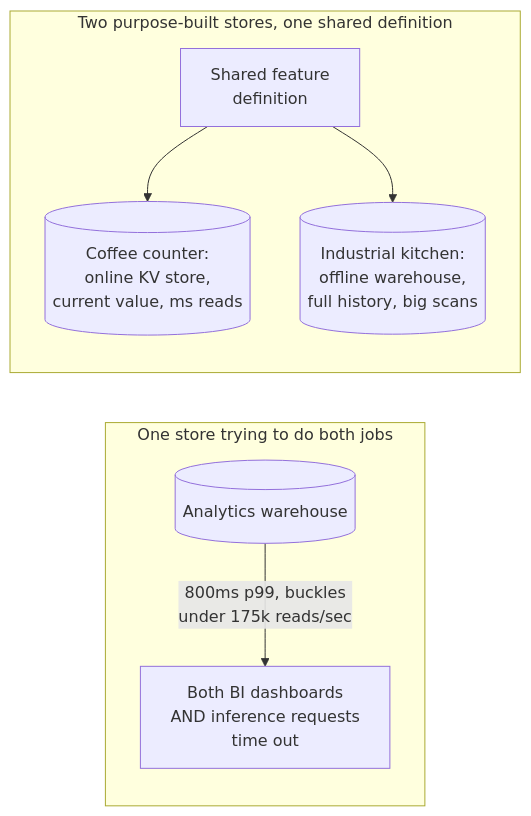
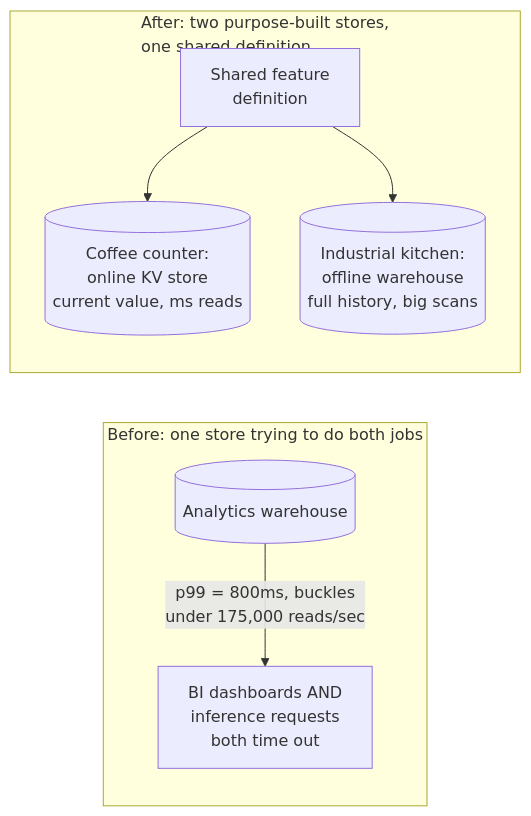
The third of 11 diagrams in system-design/HLD/0-course/65-Design-a-Feature-Store-for-ML-FAANG-Guide-story.md (riyaz-pasha/Learnings), drawn with Mermaid before and after one commit. The commit also changed other lines of this file and 1 other file, not shown here.

Commit message:
[REWRITE] Feature Store for ML story guide: simplify prose, add structure, fix diagrams

````diff
--- a/system-design/HLD/0-course/65-Design-a-Feature-Store-for-ML-FAANG-Guide-story.md
+++ b/system-design/HLD/0-course/65-Design-a-Feature-Store-for-ML-FAANG-Guide-story.md
@@ -76,10 +190,10 @@
 ```mermaid
 flowchart LR
-    subgraph Before["One store trying to do both jobs"]
-        W[("Analytics warehouse")] -->|"800ms p99, buckles\nunder 175k reads/sec"| Bad["Both BI dashboards\nAND inference requests\ntime out"]
+    subgraph Before["Before: one store trying to do both jobs"]
+        W[("Analytics warehouse")] -->|"p99 = 800ms, buckles<br/>under 175,000 reads/sec"| Bad["BI dashboards AND<br/>inference requests<br/>both time out"]
     end
-    subgraph After["Two purpose-built stores, one shared definition"]
-        Def["Shared feature\ndefinition"] --> KV[("Coffee counter:\nonline KV store,\ncurrent value, ms reads")]
-        Def --> WH[("Industrial kitchen:\noffline warehouse,\nfull history, big scans")]
+    subgraph After["After: two purpose-built stores,<br/>one shared definition"]
+        Def["Shared feature<br/>definition"] --> KV[("Coffee counter:<br/>online KV store<br/>current value, ms reads")]
+        Def --> WH[("Industrial kitchen:<br/>offline warehouse<br/>full history, big scans")]
     end
 ```
````
